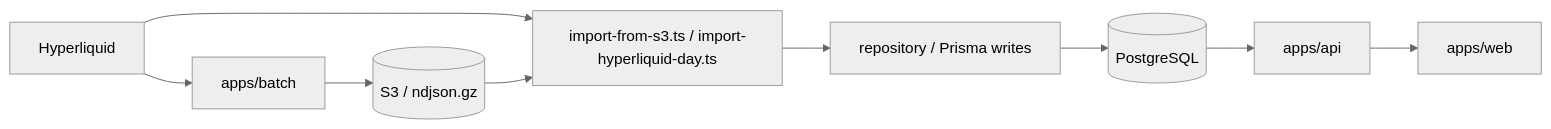
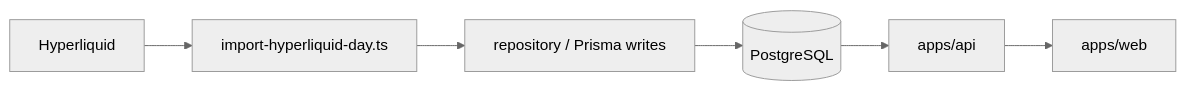
One commit to shouaya/stratium changed the sixth of 6 diagrams in docs/data-flow.md. Above: the diagram before and after it, drawn with Mermaid (neutral theme). The commit also changed other lines of this file and 28 other files, not shown here.

````diff
--- a/docs/data-flow.md
+++ b/docs/data-flow.md
@@ -179,20 +179,15 @@
 ```mermaid
 flowchart LR
   HL[Hyperliquid]
-  B[apps/batch]
-  S3[(S3 / ndjson.gz)]
-  IMP[import-from-s3.ts / import-hyperliquid-day.ts]
+  IMP[import-hyperliquid-day.ts]
   PR[repository / Prisma writes]
   DB[(PostgreSQL)]
   API[apps/api]
   WEB[apps/web]
 
-  HL --> B
-  B --> S3
   HL --> IMP
-  S3 --> IMP
   IMP --> PR
   PR --> DB
   DB --> API
   API --> WEB
 ```
````
